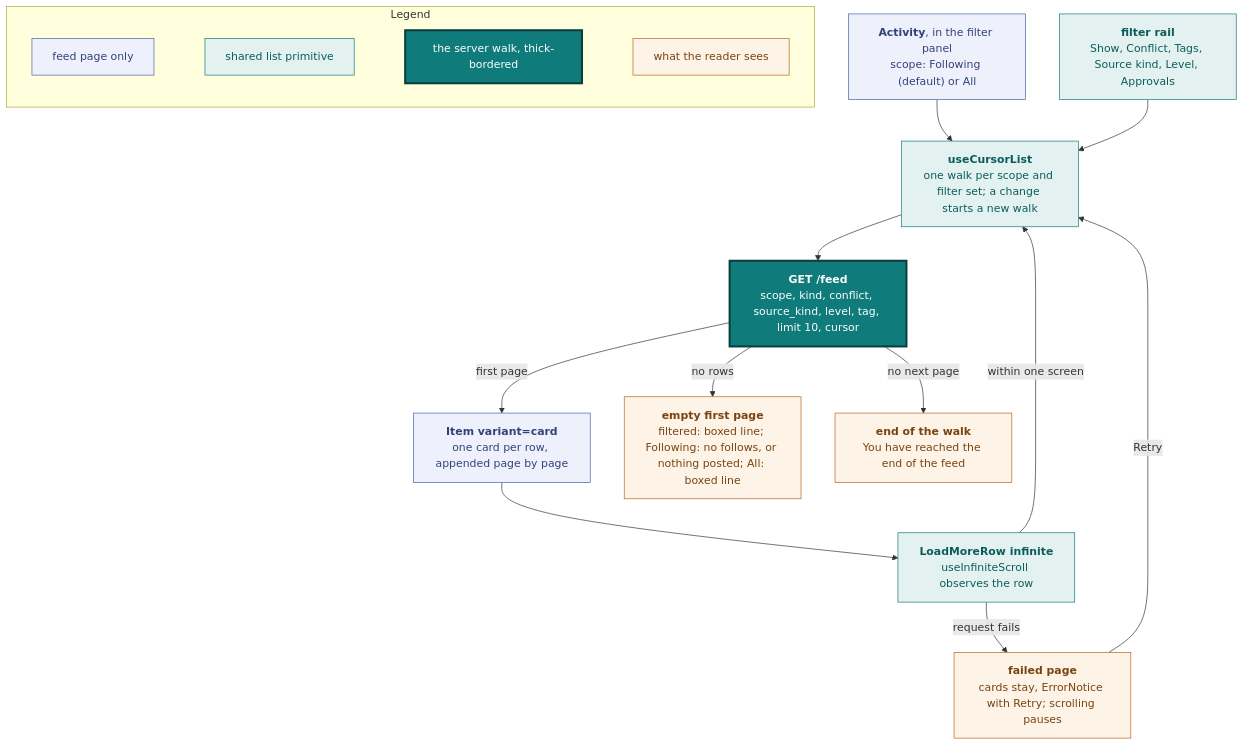
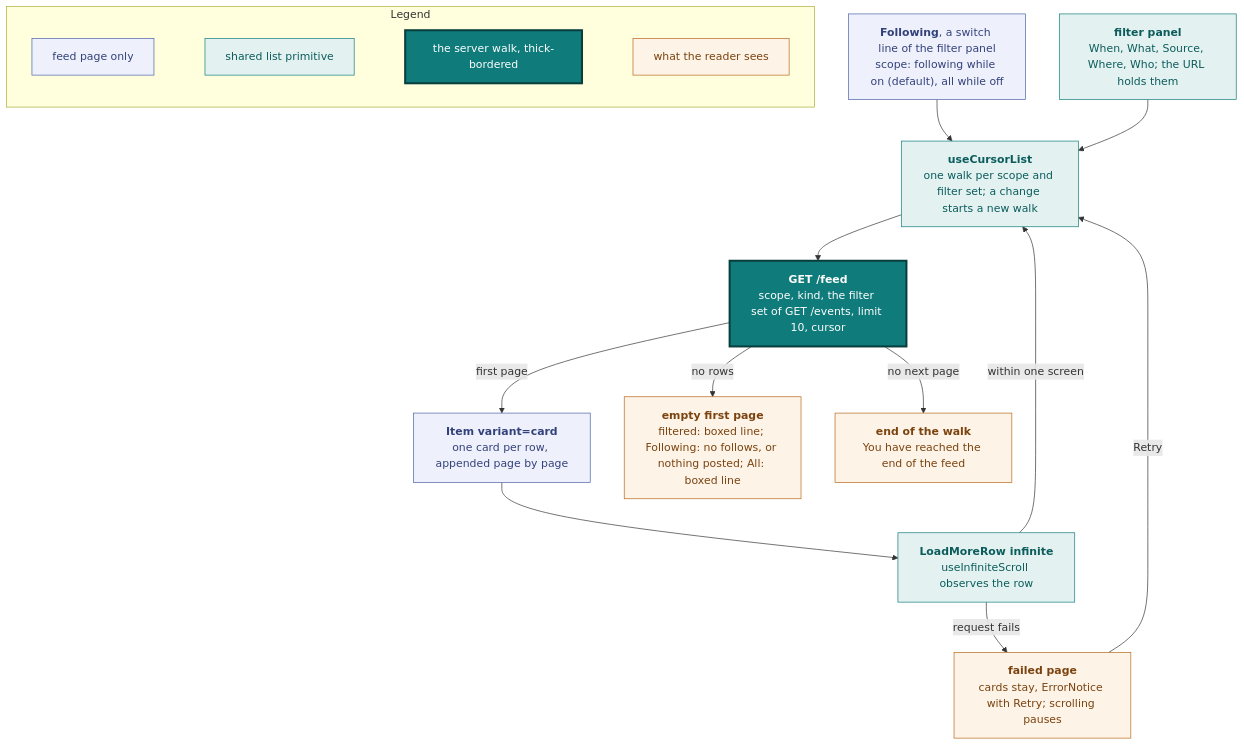
Before and after one commit to vidithq/vidit: diagram 16 of 23 in docs/design.md, drawn with Mermaid. The commit also changed other lines of this file and 5 other files, not shown here.

First line of the commit message:
docs(design): one filter model and its panel, with the dimensions by surface

````diff
--- a/docs/design.md
+++ b/docs/design.md
@@ -1415,46 +1449,46 @@
 ```mermaid
 flowchart TB
   classDef page fill:#eef1fb,stroke:#4a5fa5,color:#33417a
   classDef shared fill:#e3f2f1,stroke:#0f7b7a,color:#0b5c5b
   classDef core fill:#0f7b7a,stroke:#083f3e,stroke-width:3px,color:#ffffff
   classDef state fill:#fdf3e7,stroke:#b8661a,color:#7a430f
 
   subgraph legend [Legend]
     direction LR
     l1["`feed page only`"]:::page
     l2["`shared list primitive`"]:::shared
     l3["`the server walk, thick-bordered`"]:::core
     l4["`what the reader sees`"]:::state
     l1 ~~~ l2 ~~~ l3 ~~~ l4
   end
 
-  toggle["`**Activity**, in the filter panel
-  scope: Following (default) or All`"]:::page
-  filters["`**filter rail**
-  Show, Conflict, Tags, Source kind, Level, Approvals`"]:::shared
+  toggle["`**Following**, a switch line of the filter panel
+  scope: following while on (default), all while off`"]:::page
+  filters["`**filter panel**
+  When, What, Source, Where, Who; the URL holds them`"]:::shared
   walk["`**useCursorList**
   one walk per scope and filter set; a change starts a new walk`"]:::shared
   api["`**GET /feed**
-  scope, kind, conflict, source_kind, level, tag, limit 10, cursor`"]:::core
+  scope, kind, the filter set of GET /events, limit 10, cursor`"]:::core
   cards["`**Item variant=card**
   one card per row, appended page by page`"]:::page
   row["`**LoadMoreRow infinite**
   useInfiniteScroll observes the row`"]:::shared
 
   empty["`**empty first page**
   filtered: boxed line; Following: no follows, or nothing posted; All: boxed line`"]:::state
   failed["`**failed page**
   cards stay, ErrorNotice with Retry; scrolling pauses`"]:::state
   done["`**end of the walk**
   You have reached the end of the feed`"]:::state
 
   toggle --> walk --> api
   filters --> walk
   api -->|first page| cards
   api -->|no rows| empty
   cards --> row
   row -->|within one screen| walk
   row -->|request fails| failed
   failed -->|Retry| walk
   api -->|no next page| done
 ```
````
